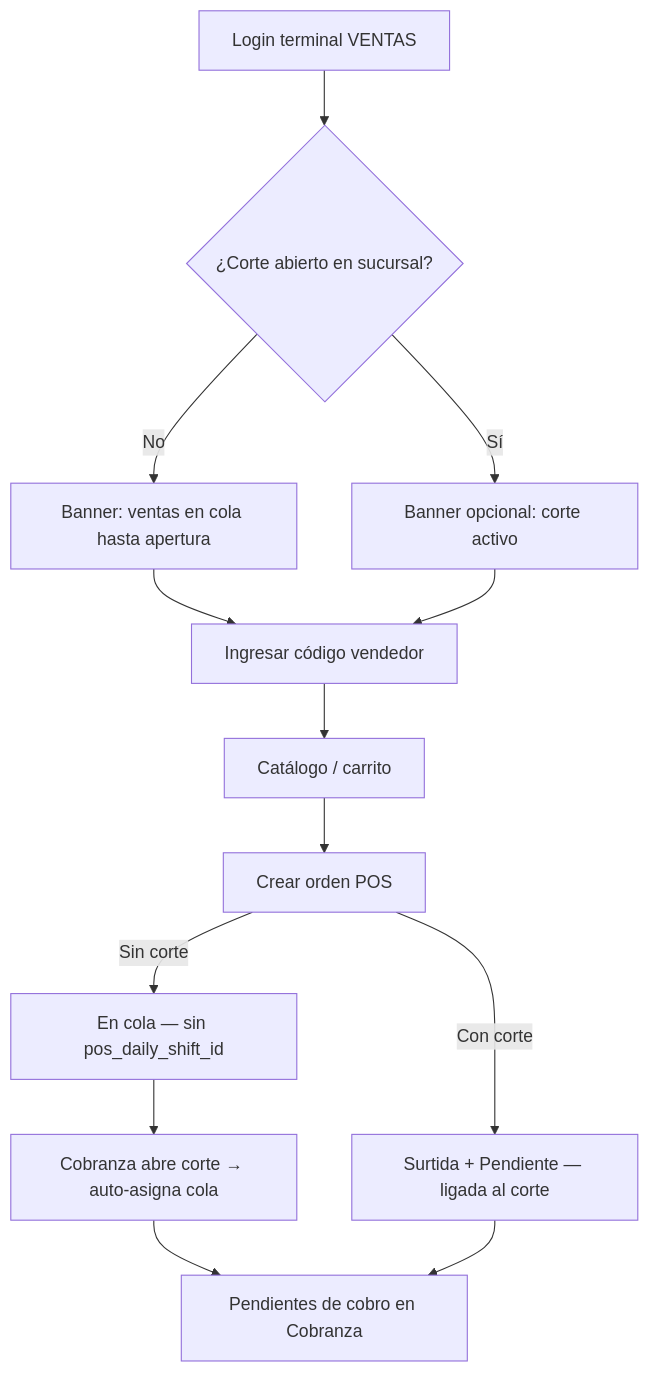
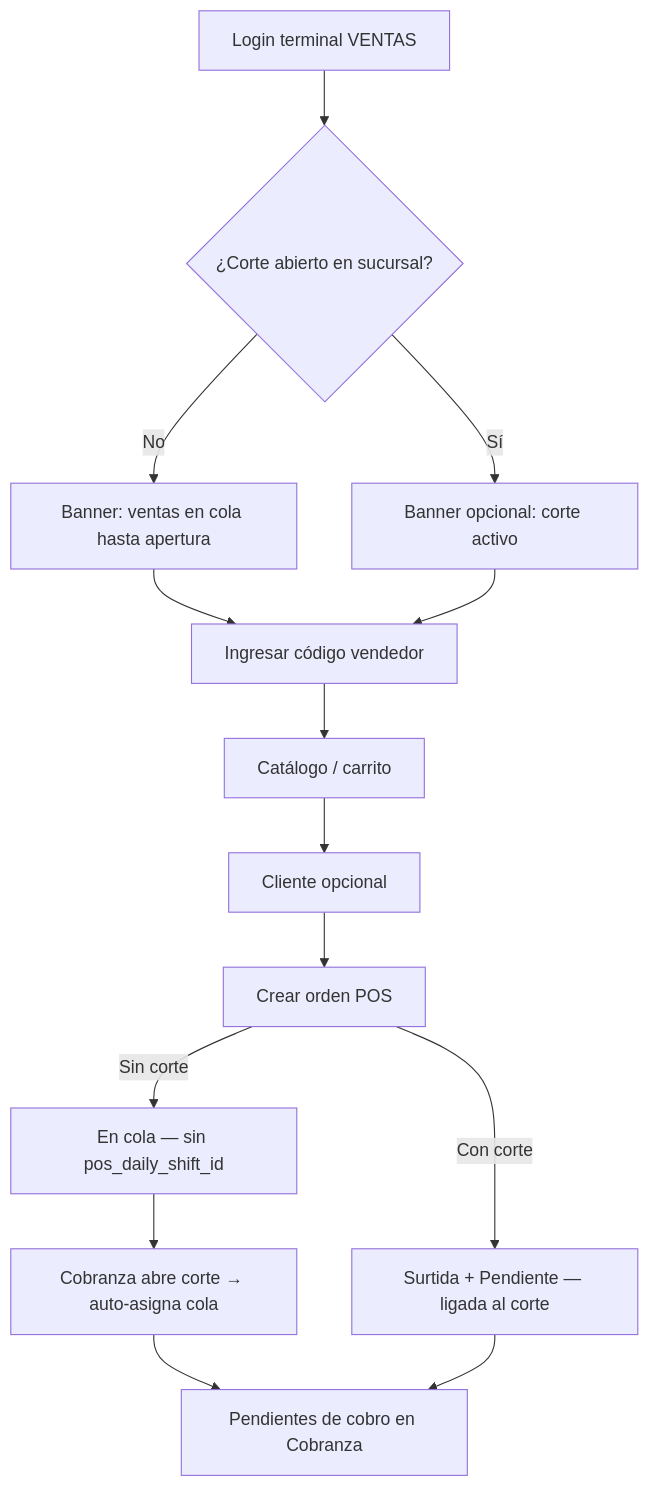
One commit to sinergy-digital-mx/sinergy-erp-backend-clients changed the second of 4 diagrams in src/api/pos-shifts/docs/UI_POS_FLOW.md. Above: the diagram before and after it, drawn with Mermaid. The commit also changed other lines of this file and 2281 other files, not shown here.

````diff
--- a/src/api/pos-shifts/docs/UI_POS_FLOW.md
+++ b/src/api/pos-shifts/docs/UI_POS_FLOW.md
@@ -651,15 +655,16 @@
 ```mermaid
 flowchart TD
     A[Login terminal VENTAS] --> B{¿Corte abierto en sucursal?}
     B -->|No| C[Banner: ventas en cola hasta apertura]
     B -->|Sí| D[Banner opcional: corte activo]
     C --> E[Ingresar código vendedor]
     D --> E
     E --> F[Catálogo / carrito]
-    F --> G[Crear orden POS]
-    G -->|Sin corte| H[En cola — sin pos_daily_shift_id]
-    G -->|Con corte| I[Surtida + Pendiente — ligada al corte]
-    H --> J[Cobranza abre corte → auto-asigna cola]
-    J --> K[Pendientes de cobro en Cobranza]
-    I --> K
+    F --> G[Cliente opcional]
+    G --> H[Crear orden POS]
+    H -->|Sin corte| I[En cola — sin pos_daily_shift_id]
+    H -->|Con corte| J[Surtida + Pendiente — ligada al corte]
+    I --> K[Cobranza abre corte → auto-asigna cola]
+    K --> L[Pendientes de cobro en Cobranza]
+    J --> L
 ```
````
